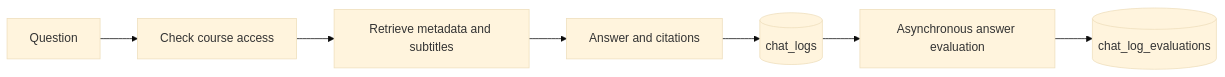
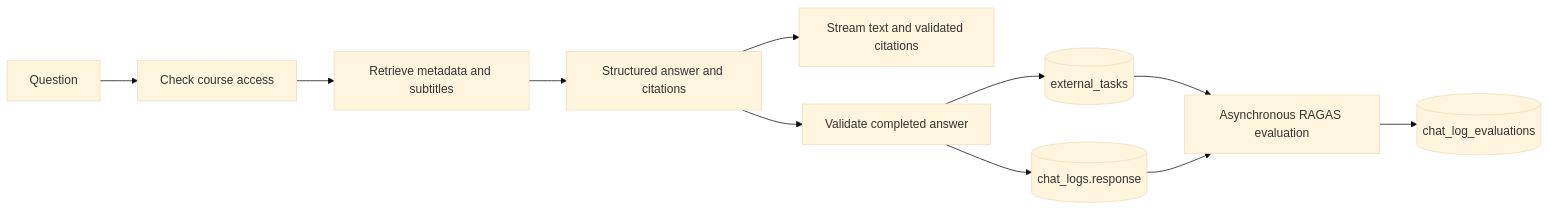
Before and after one commit to yukiharada1228/videoq: the second of 2 diagrams in docs/database/data-flow-diagram.md, drawn with Mermaid (base theme). The commit also changed other lines of this file and 25 other files, not shown here.

````diff
--- a/docs/database/data-flow-diagram.md
+++ b/docs/database/data-flow-diagram.md
@@ -27,9 +27,13 @@
 ```mermaid
 flowchart LR
     Question[Question] --> Access[Check course access]
     Access --> Context[Retrieve metadata and subtitles]
-    Context --> Answer[Answer and citations]
-    Answer --> Logs[(chat_logs)]
-    Logs --> Evaluation[Asynchronous answer evaluation]
+    Context --> Answer[Structured answer and citations]
+    Answer --> Browser[Stream text and validated citations]
+    Answer --> Validate[Validate completed answer]
+    Validate --> Logs[(chat_logs.response)]
+    Validate --> Outbox[(external_tasks)]
+    Outbox --> Evaluation[Asynchronous RAGAS evaluation]
+    Logs --> Evaluation
     Evaluation --> Scores[(chat_log_evaluations)]
 ```
````
